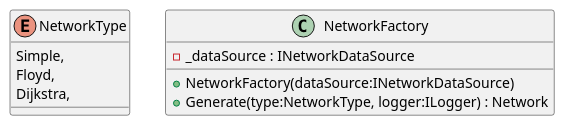
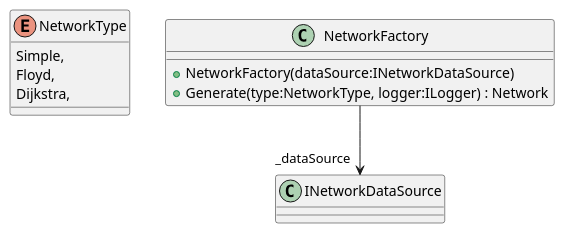
The diagram in TubeChallengeRouter/puml/TransportNetwork/NetworkFactory.puml (Liftyee/london-tube-navigator), drawn with PlantUML before and after one commit. The commit also changed 23 other files, not shown here.

```diff
--- a/TubeChallengeRouter/puml/TransportNetwork/NetworkFactory.puml
+++ b/TubeChallengeRouter/puml/TransportNetwork/NetworkFactory.puml
@@ -1,12 +1,12 @@
 @startuml
 enum NetworkType {
     Simple,
     Floyd,
     Dijkstra,
 }
 class NetworkFactory {
-    - _dataSource : INetworkDataSource
     + NetworkFactory(dataSource:INetworkDataSource)
     + Generate(type:NetworkType, logger:ILogger) : Network
 }
+NetworkFactory --> "_dataSource" INetworkDataSource
 @enduml
```
